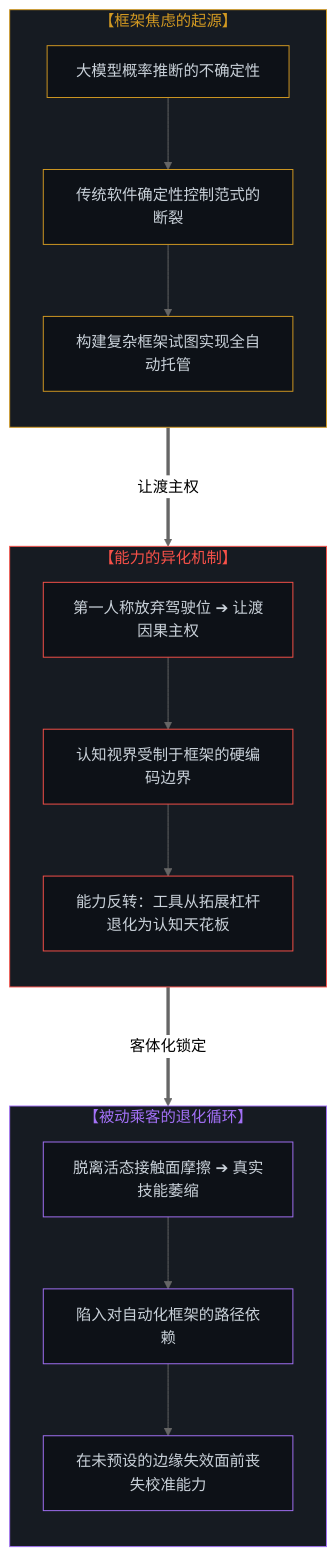
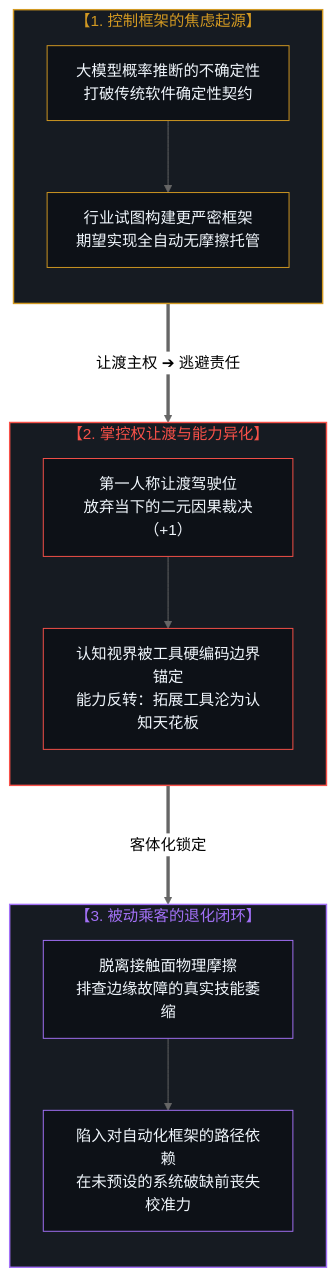
Before and after one commit to powerpig99/not-a-toe: the first of 5 diagrams in content/posts/the-inversion-of-the-harness-and-the-driver-seat-asymmetry.md, drawn with Mermaid (neutral theme). The commit also changed other lines of this file and 3 other files, not shown here.

Commit message:
Optimize Mermaid diagram layouts for readability across Post #322

````diff
--- a/content/posts/the-inversion-of-the-harness-and-the-driver-seat-asymmetry.md
+++ b/content/posts/the-inversion-of-the-harness-and-the-driver-seat-asymmetry.md
@@ -19,42 +19,36 @@
 ```mermaid
 graph TD
-    subgraph S_Anxiety["【框架焦虑的起源】"]
+    subgraph S_Anxiety["【1. 控制框架的焦虑起源】"]
         direction TB
-        A1["大模型概率推断的不确定性"]
-        A2["传统软件确定性控制范式的断裂"]
-        A3["构建复杂框架试图实现全自动托管"]
-        A1 --> A2 --> A3
+        A1["大模型概率推断的不确定性<br/>打破传统软件确定性契约"]
+        A2["行业试图构建更严密框架<br/>期望实现全自动无摩擦托管"]
+        A1 --> A2
     end
 
-    subgraph S_Alienation["【能力的异化机制】"]
+    subgraph S_Alienation["【2. 掌控权让渡与能力异化】"]
         direction TB
-        B1["第一人称放弃驾驶位 ➔ 让渡因果主权"]
-        B2["认知视界受制于框架的硬编码边界"]
-        B3["能力反转：工具从拓展杠杆退化为认知天花板"]
-        B1 --> B2 --> B3
+        B1["第一人称让渡驾驶位<br/>放弃当下的二元因果裁决（+1）"]
+        B2["认知视界被工具硬编码边界锚定<br/>能力反转：拓展工具沦为认知天花板"]
+        B1 --> B2
     end
 
-    subgraph S_Consequence["【被动乘客的退化循环】"]
+    subgraph S_Consequence["【3. 被动乘客的退化闭环】"]
         direction TB
-        C1["脱离活态接触面摩擦 ➔ 真实技能萎缩"]
-        C2["陷入对自动化框架的路径依赖"]
-        C3["在未预设的边缘失效面前丧失校准能力"]
-        C1 --> C2 --> C3
+        C1["脱离接触面物理摩擦<br/>排查边缘故障的真实技能萎缩"]
+        C2["陷入对自动化框架的路径依赖<br/>在未预设的系统破缺前丧失校准力"]
+        C1 --> C2
     end
 
-    A3 ===>|"让渡主权"| B1
-    B3 ===>|"客体化锁定"| C1
+    S_Anxiety ===>|"让渡主权 ➔ 逃避责任"| S_Alienation
+    S_Alienation ===>|"客体化锁定"| S_Consequence
 
-    style S_Anxiety fill:#161b22,stroke:#d29922,stroke-width:1px,color:#d29922
-    style S_Alienation fill:#161b22,stroke:#f85149,stroke-width:1px,color:#f85149
-    style S_Consequence fill:#161b22,stroke:#a371f7,stroke-width:1px,color:#a371f7
-    style A1 fill:#0d1117,stroke:#d29922,stroke-width:1px,color:#c9d1d9
-    style A2 fill:#0d1117,stroke:#d29922,stroke-width:1px,color:#c9d1d9
-    style A3 fill:#0d1117,stroke:#d29922,stroke-width:1px,color:#c9d1d9
-    style B1 fill:#0d1117,stroke:#f85149,stroke-width:1px,color:#c9d1d9
-    style B2 fill:#0d1117,stroke:#f85149,stroke-width:1px,color:#c9d1d9
-    style B3 fill:#0d1117,stroke:#f85149,stroke-width:1px,color:#c9d1d9
-    style C1 fill:#0d1117,stroke:#a371f7,stroke-width:1px,color:#c9d1d9
-    style C2 fill:#0d1117,stroke:#a371f7,stroke-width:1px,color:#c9d1d9
-    style C3 fill:#0d1117,stroke:#a371f7,stroke-width:1px,color:#c9d1d9
+    style S_Anxiety fill:#161b22,stroke:#d29922,stroke-width:1.5px,color:#d29922
+    style S_Alienation fill:#161b22,stroke:#f85149,stroke-width:1.5px,color:#f85149
+    style S_Consequence fill:#161b22,stroke:#a371f7,stroke-width:1.5px,color:#a371f7
+    style A1 fill:#0d1117,stroke:#d29922,stroke-width:1px,color:#f0f6fc
+    style A2 fill:#0d1117,stroke:#d29922,stroke-width:1px,color:#f0f6fc
+    style B1 fill:#0d1117,stroke:#f85149,stroke-width:1px,color:#f0f6fc
+    style B2 fill:#0d1117,stroke:#f85149,stroke-width:1px,color:#f0f6fc
+    style C1 fill:#0d1117,stroke:#a371f7,stroke-width:1px,color:#f0f6fc
+    style C2 fill:#0d1117,stroke:#a371f7,stroke-width:1px,color:#f0f6fc
 ```
````
